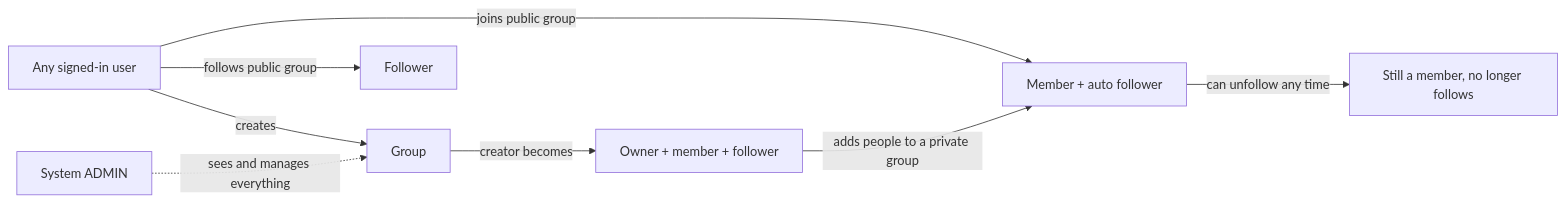
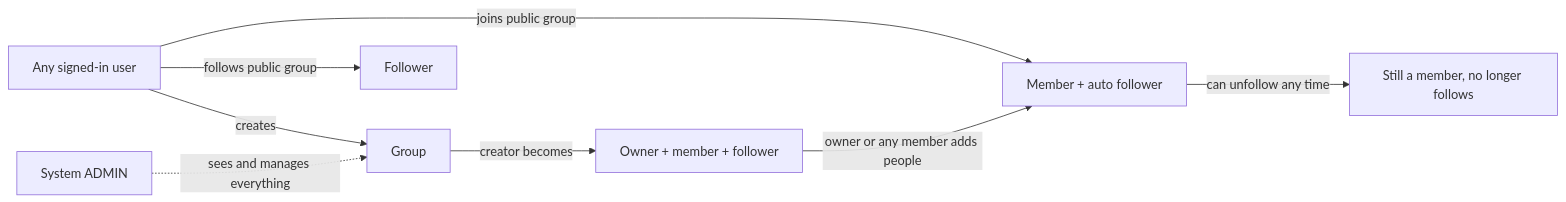
The first of 5 diagrams in Tutorials/fastapi-ai/docs/social-groups.md (wilferraciolli/PythonTutorials), drawn with Mermaid before and after one commit. The commit also changed other lines of this file and 14 other files, not shown here.

````diff
--- a/Tutorials/fastapi-ai/docs/social-groups.md
+++ b/Tutorials/fastapi-ai/docs/social-groups.md
@@ -38,10 +38,10 @@
 ```mermaid
 flowchart LR
     Anyone[Any signed-in user] -->|creates| G[Group]
     G -->|creator becomes| Owner[Owner + member + follower]
     Anyone -->|follows public group| F[Follower]
     Anyone -->|joins public group| M[Member + auto follower]
-    Owner -->|adds people to a private group| M
+    Owner -->|owner or any member adds people| M
     M -->|can unfollow any time| F2[Still a member, no longer follows]
     Admin[System ADMIN] -.->|sees and manages everything| G
 ```
````
